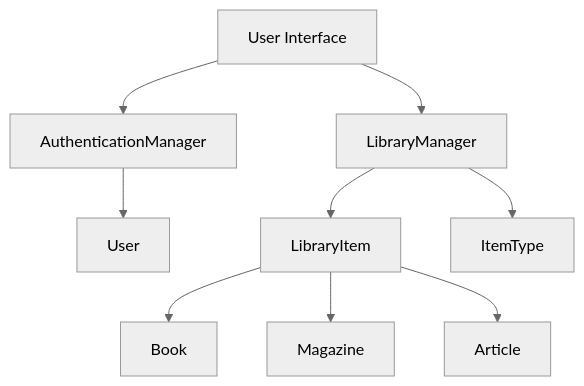
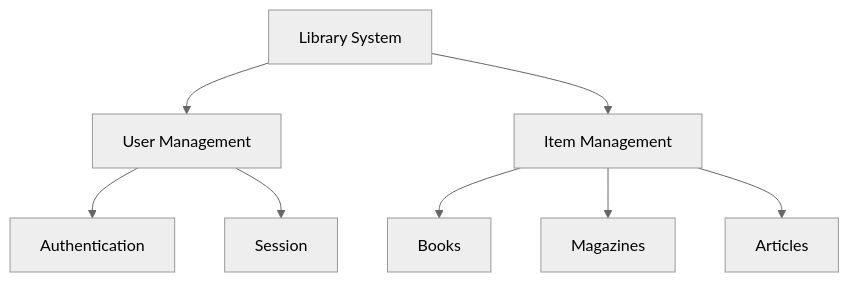
One commit to parvizrovshanaliyev/CSharp04 changed the third of 7 diagrams in ConsoleApps/Week19/LibraryManagementSystem/README.md. Above: the diagram before and after it, drawn with Mermaid (neutral theme). The commit also changed other lines of this file and 2 other files, not shown here.

````diff
--- a/ConsoleApps/Week19/LibraryManagementSystem/README.md
+++ b/ConsoleApps/Week19/LibraryManagementSystem/README.md
@@ -147,11 +36,10 @@
 ```mermaid
 graph TD
-    A[User Interface] --> B[AuthenticationManager]
-    A --> C[LibraryManager]
-    B --> D[User]
-    C --> E[LibraryItem]
-    E --> F[Book]
-    E --> G[Magazine]
-    E --> H[Article]
-    C --> I[ItemType]
+    A[Library System] --> B[User Management]
+    A --> C[Item Management]
+    B --> D[Authentication]
+    B --> E[Session]
+    C --> F[Books]
+    C --> G[Magazines]
+    C --> H[Articles]
 ```
````
